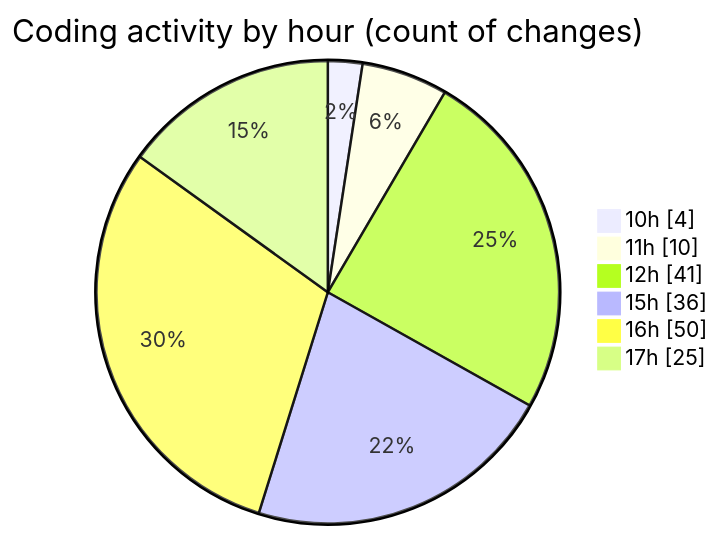
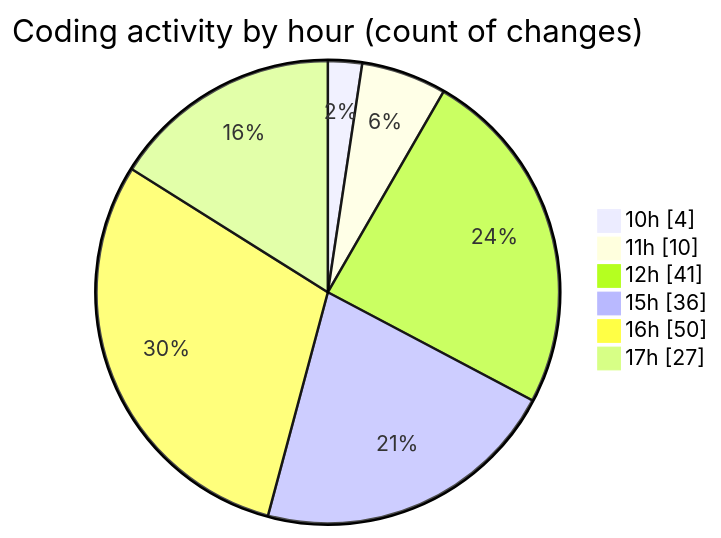
One commit to nxtqubesakshisongat/code-tracking changed the second of 2 diagrams in 2026-03-05/nxtqube_webapp/README.md. Above: the diagram before and after it, drawn with Mermaid. The commit also changed other lines of this file and 1 other file, not shown here.

````diff
--- a/2026-03-05/nxtqube_webapp/README.md
+++ b/2026-03-05/nxtqube_webapp/README.md
@@ -43,10 +43,10 @@
 ```mermaid
 pie showData
 title Coding activity by hour (count of changes)
 "10h" : 4
 "11h" : 10
 "12h" : 41
 "15h" : 36
 "16h" : 50
-"17h" : 25
+"17h" : 27
 ```
````
